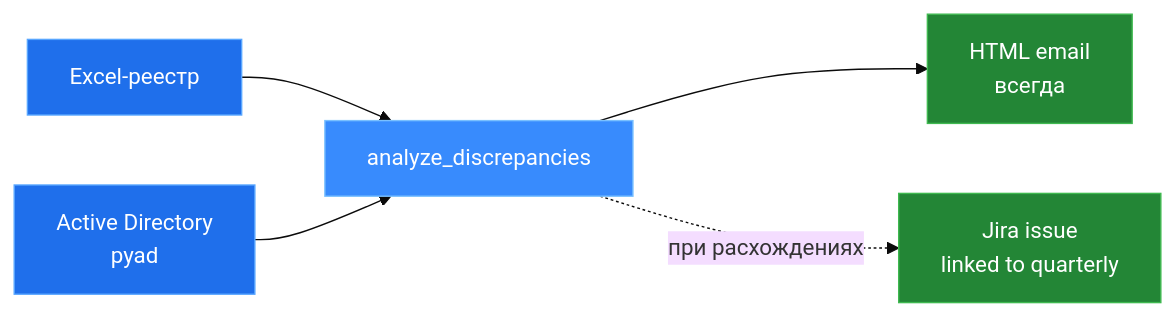
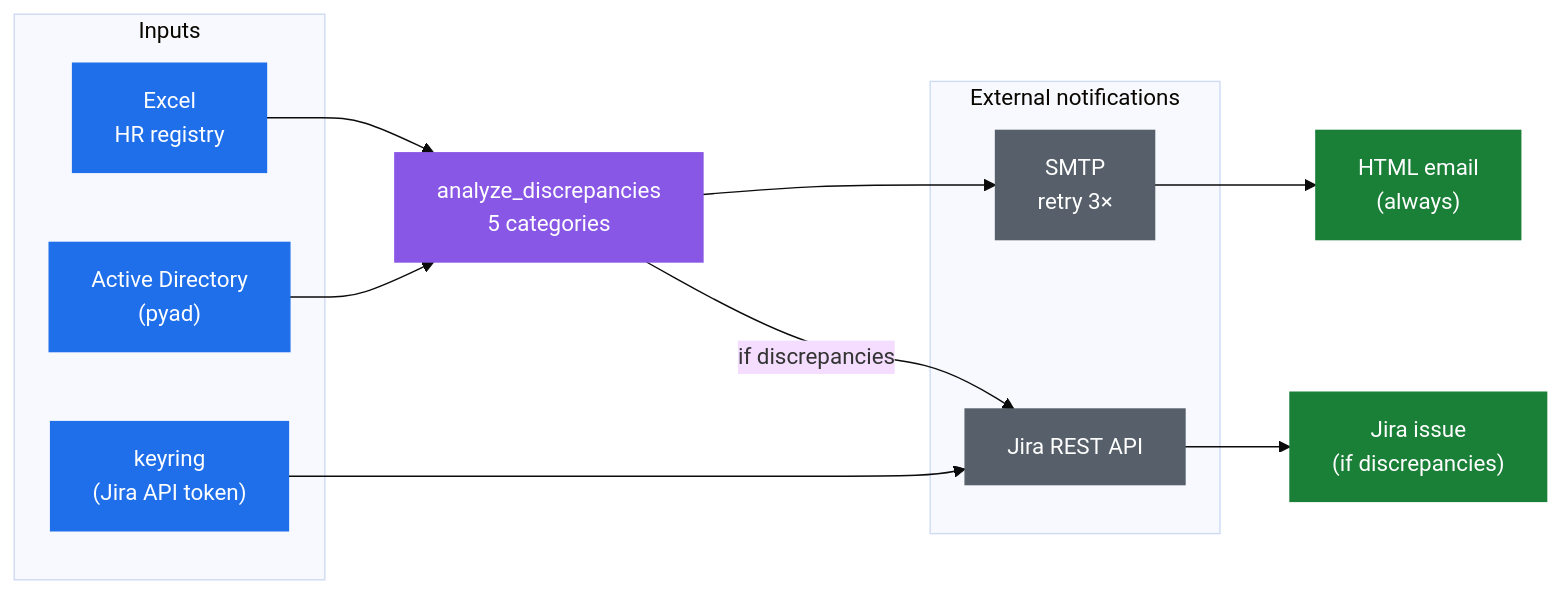
Before and after one commit to ilik1799/ad-hr-sync-checker: the diagram in README.md, drawn with Mermaid (base theme). The commit also changed other lines of this file, not shown here.

Commit message:
docs: improve Mermaid diagram (use subgraphs for clarity)

````diff
--- a/README.md
+++ b/README.md
@@ -28,13 +28,35 @@
 ```mermaid
 flowchart LR
-    A[Excel-реестр] --> C[analyze_discrepancies]
-    B[Active Directory<br/>pyad] --> C
-    C --> D[HTML email<br/>всегда]
-    C -.при расхождениях.-> E[Jira issue<br/>linked to quarterly]
+    subgraph IN["Inputs"]
+        EX["Excel<br/>HR registry"]
+        AD["Active Directory<br/>(pyad)"]
+        KR["keyring<br/>(Jira API token)"]
+    end
 
-    style A fill:#1f6feb,stroke:#58a6ff,color:#fff
-    style B fill:#1f6feb,stroke:#58a6ff,color:#fff
-    style C fill:#388bfd,stroke:#79c0ff,color:#fff
-    style D fill:#238636,stroke:#3fb950,color:#fff
-    style E fill:#238636,stroke:#3fb950,color:#fff
+    ANALYZE["analyze_discrepancies<br/>5 categories"]
+
+    subgraph EXT["External notifications"]
+        SMTP["SMTP<br/>retry 3×"]
+        JIRA["Jira REST API"]
+    end
+
+    EMAIL["HTML email<br/>(always)"]
+    ISSUE["Jira issue<br/>(if discrepancies)"]
+
+    EX --> ANALYZE
+    AD --> ANALYZE
+    ANALYZE --> SMTP
+    SMTP --> EMAIL
+    KR --> JIRA
+    ANALYZE -->|"if discrepancies"| JIRA
+    JIRA --> ISSUE
+
+    classDef in fill:#1f6feb,stroke:#1f6feb,color:#fff
+    classDef core fill:#8957e5,stroke:#8957e5,color:#fff
+    classDef ext fill:#57606a,stroke:#57606a,color:#fff
+    classDef out fill:#1a7f37,stroke:#1a7f37,color:#fff
+    class EX,AD,KR in
+    class ANALYZE core
+    class SMTP,JIRA ext
+    class EMAIL,ISSUE out
 ```
````
